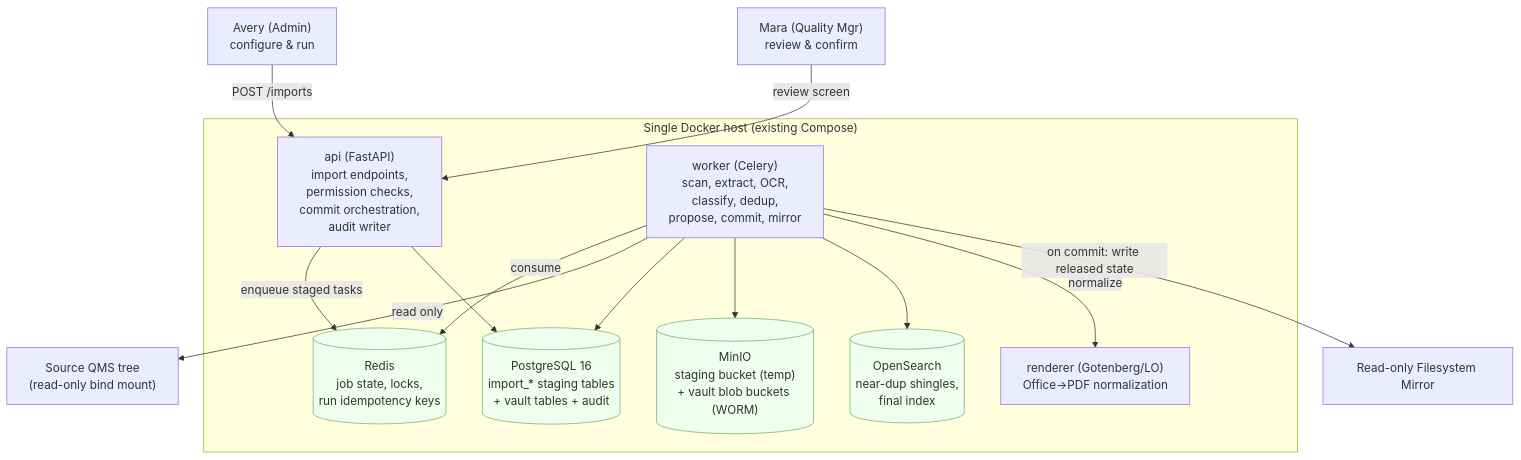
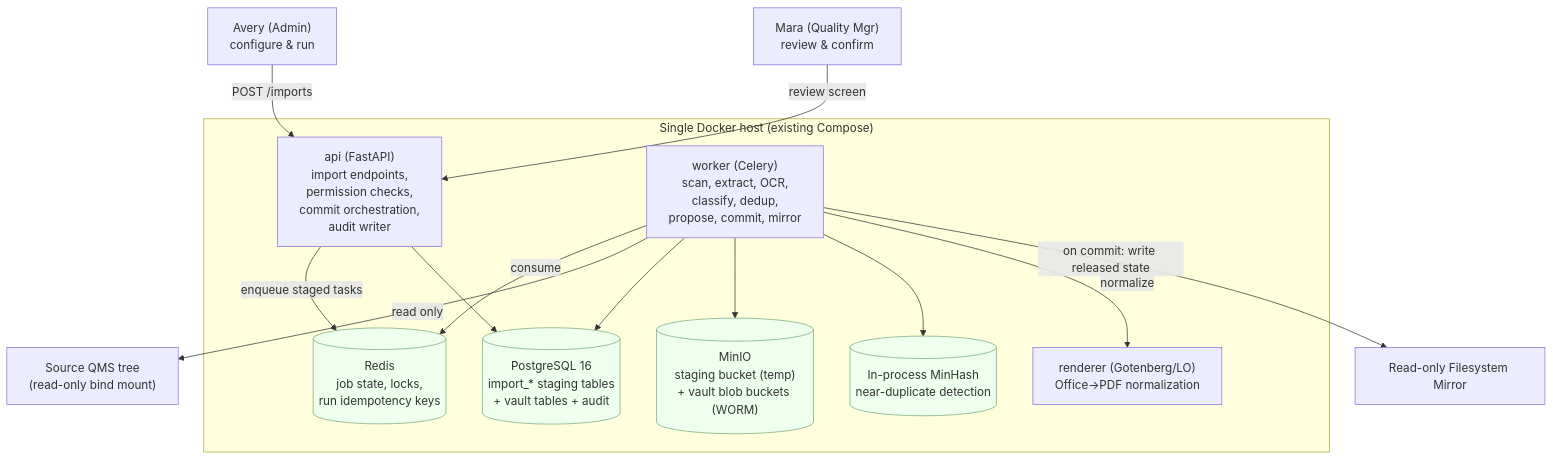
The first of 7 diagrams in docs/09-ingestion-engine.md (CoJoA13/EasySynQ), drawn with Mermaid before and after one commit. The commit also changed other lines of this file and 43 other files, not shown here.

````diff
--- a/docs/09-ingestion-engine.md
+++ b/docs/09-ingestion-engine.md
@@ -51,33 +58,33 @@
 ```mermaid
 graph TB
     Mara["Mara (Quality Mgr)<br/>review &amp; confirm"]
     Avery["Avery (Admin)<br/>configure &amp; run"]
 
     subgraph Host["Single Docker host (existing Compose)"]
         API["api (FastAPI)<br/>import endpoints,<br/>permission checks,<br/>commit orchestration,<br/>audit writer"]
         WK["worker (Celery)<br/>scan, extract, OCR,<br/>classify, dedup,<br/>propose, commit, mirror"]
         REND["renderer (Gotenberg/LO)<br/>Office&rarr;PDF normalization"]
         PG[("PostgreSQL 16<br/>import_* staging tables<br/>+ vault tables + audit")]
         OBJ[("MinIO<br/>staging bucket (temp)<br/>+ vault blob buckets (WORM)")]
-        IDX[("OpenSearch<br/>near-dup shingles,<br/>final index")]
+        IDX[("In-process MinHash<br/>near-duplicate detection")]
         RDS[("Redis<br/>job state, locks,<br/>run idempotency keys")]
     end
 
     SRC["Source QMS tree<br/>(read-only bind mount)"]
     MIR["Read-only Filesystem Mirror"]
 
     Avery -->|POST /imports| API
     Mara -->|review screen| API
     API -->|enqueue staged tasks| RDS
     WK -->|consume| RDS
     WK -->|read only| SRC
     WK --> PG
     WK --> OBJ
     WK --> IDX
     WK -->|normalize| REND
     API --> PG
     WK -->|on commit: write released state| MIR
 
     classDef store fill:#efe,stroke:#7a7;
     class PG,OBJ,IDX,RDS store;
 ```
````
